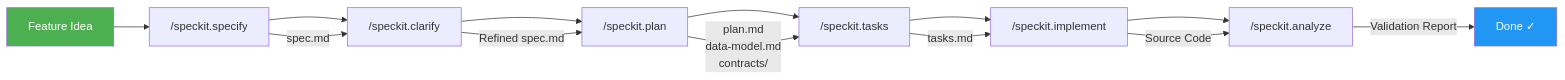
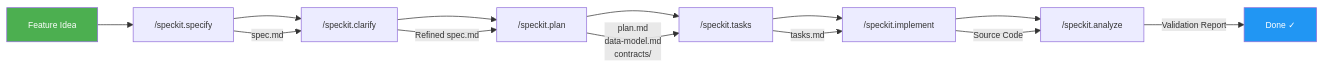
Before and after one commit to ibranibeny/Overview-Github-Spec-kit: the diagram in docs/index.md, drawn with Mermaid.

Commit message:
fix: increase mermaid font size to 12px

````diff
--- a/docs/index.md
+++ b/docs/index.md
@@ -30,19 +30,20 @@
 ```mermaid
+%%{init: {'theme': 'default', 'themeVariables': {'fontSize': '12px'}}}%%
 flowchart LR
     A[Feature Idea] --> B["/speckit.specify"]
     B --> C["/speckit.clarify"]
     C --> D["/speckit.plan"]
     D --> E["/speckit.tasks"]
     E --> F["/speckit.implement"]
     F --> G["/speckit.analyze"]
 
     B -->|spec.md| C
     C -->|Refined spec.md| D
     D -->|plan.md\ndata-model.md\ncontracts/| E
     E -->|tasks.md| F
     F -->|Source Code| G
     G -->|Validation Report| H[Done ✓]
 
     style A fill:#4CAF50,color:#fff
     style H fill:#2196F3,color:#fff
 ```
````
